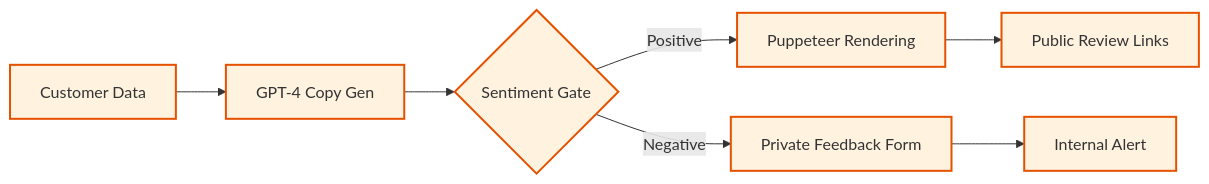
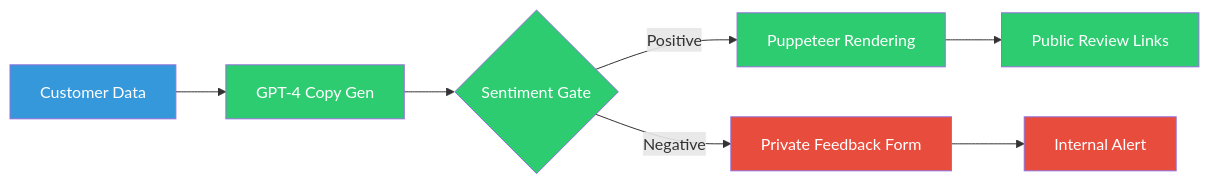
One commit to mdsadrhoman123-stack/reviewshield-ai changed the diagram in README.md. Above: the diagram before and after it, drawn with Mermaid. The commit also changed other lines of this file, not shown here.

````diff
--- a/README.md
+++ b/README.md
@@ -22,13 +63,15 @@
 ```mermaid
 flowchart LR
-    classDef orange fill:#fff3e0,stroke:#e65100,stroke-width:2px;
+    classDef blue fill:#3498db,color:#fff
+    classDef green fill:#2ecc71,color:#fff
+    classDef red fill:#e74c3c,color:#fff
+
+    A[Customer Data]:::blue --> B[GPT-4 Copy Gen]:::green
+    B --> C{Sentiment Gate}:::green
     
-    A[Customer Data]:::orange --> B[GPT-4 Copy Gen]:::orange
-    B --> C{Sentiment Gate}:::orange
+    C -- Positive --> D[Puppeteer Rendering]:::green
+    D --> E[Public Review Links]:::green
     
-    C -- Positive --> D[Puppeteer Rendering]:::orange
-    D --> E[Public Review Links]:::orange
-    
-    C -- Negative --> F[Private Feedback Form]:::orange
-    F --> G[Internal Alert]:::orange
+    C -- Negative --> F[Private Feedback Form]:::red
+    F --> G[Internal Alert]:::red
 ```
````
